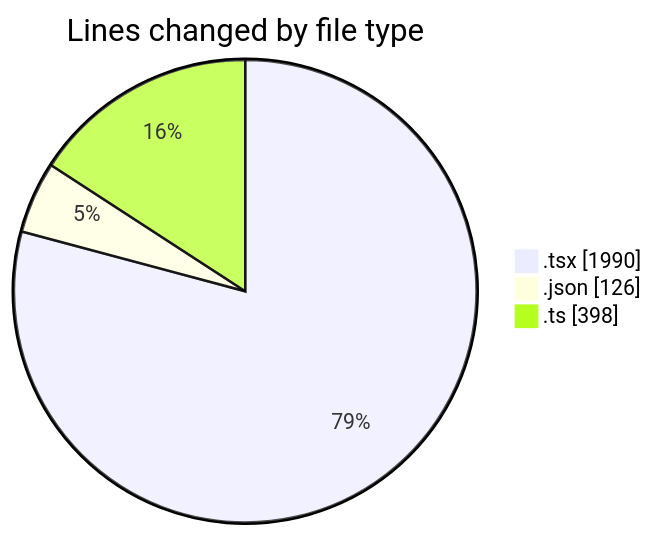
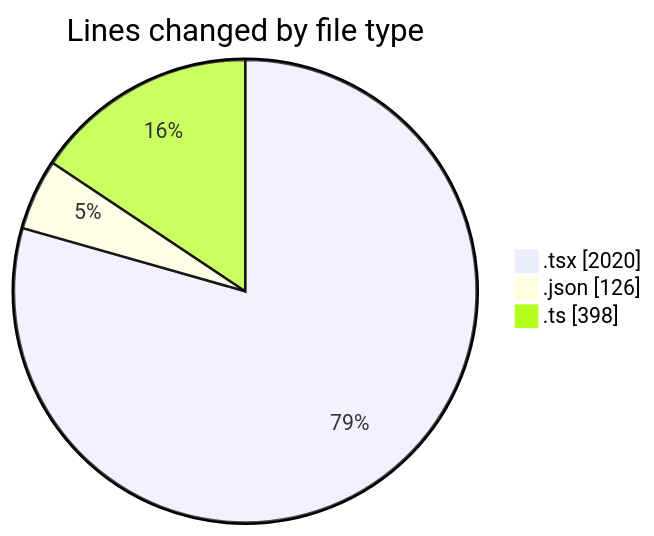
The first of 2 diagrams in 2026-03-30/nxtqube_webapp/README.md (nxtqubesakshisongat/code-tracking), drawn with Mermaid before and after one commit. The commit also changed other lines of this file and 1 other file, not shown here.

````diff
--- a/2026-03-30/nxtqube_webapp/README.md
+++ b/2026-03-30/nxtqube_webapp/README.md
@@ -25,7 +25,7 @@
 ```mermaid
 pie showData
 title Lines changed by file type
-".tsx" : 1990
+".tsx" : 2020
 ".json" : 126
 ".ts" : 398
 ```
````
